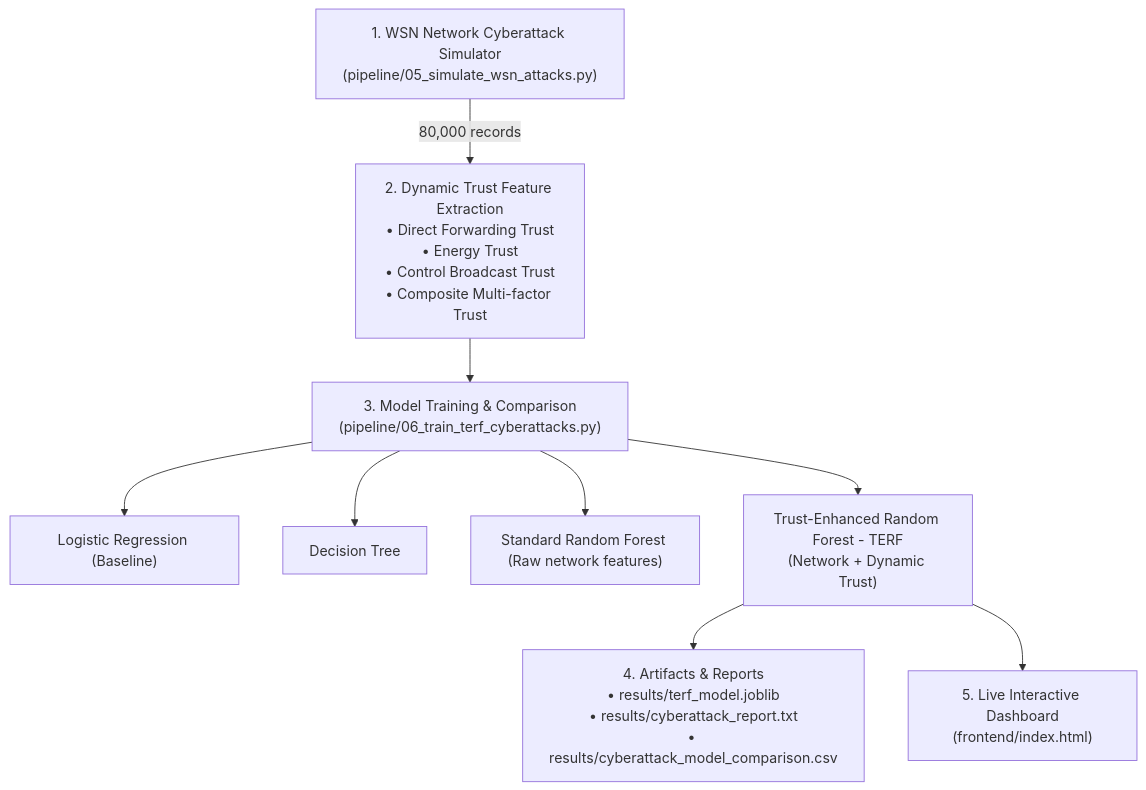
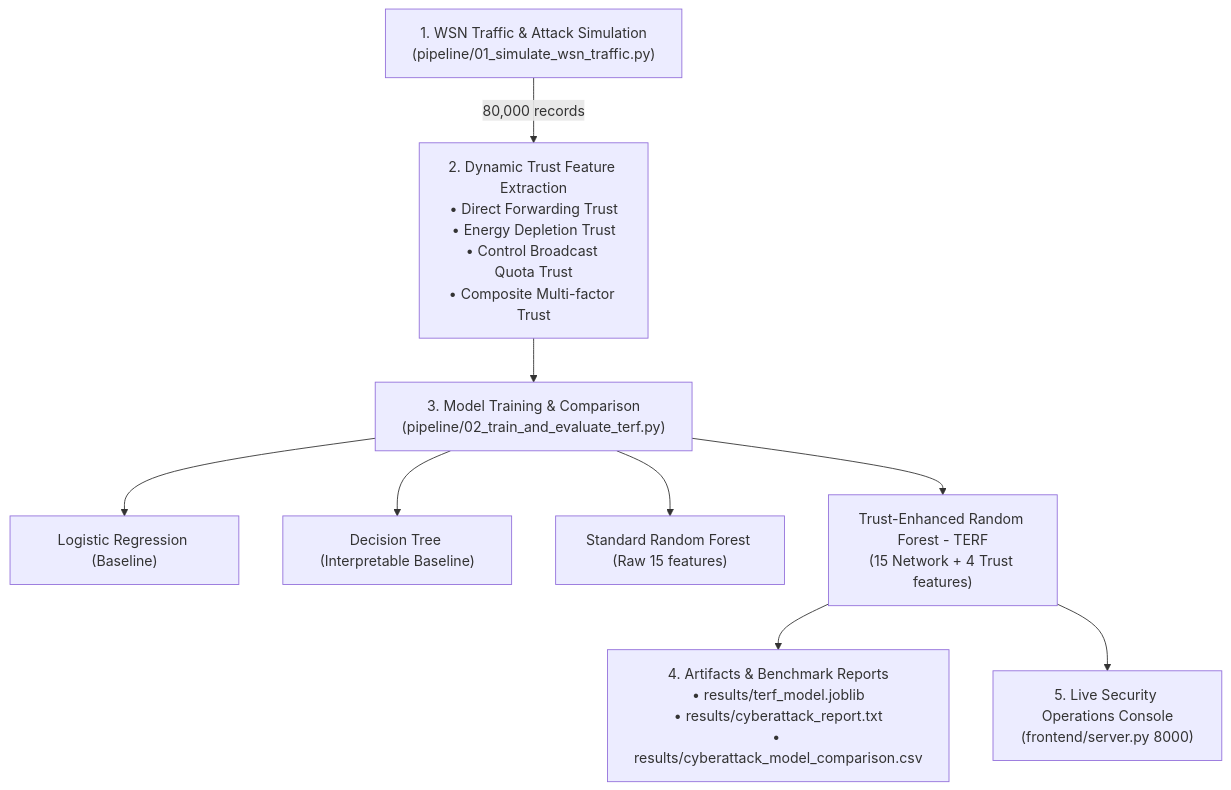
Before and after one commit to Aditya2274/Anomaly-Detection-and-Security-Enhancement-in-Wireless-Sensor-Networks-WSNs-: the diagram in README.md, drawn with Mermaid. The commit also changed other lines of this file and 14 other files, not shown here.

Commit message:
refactor: streamline codebase to 100% focus on WSN-DS and TERF intrusion detection

````diff
--- a/README.md
+++ b/README.md
@@ -11,11 +9,11 @@
 ```mermaid
 flowchart TD
-    A["1. WSN Network Cyberattack Simulator<br/>(pipeline/05_simulate_wsn_attacks.py)"] -->|80,000 records| B["2. Dynamic Trust Feature Extraction<br/>• Direct Forwarding Trust<br/>• Energy Trust<br/>• Control Broadcast Trust<br/>• Composite Multi-factor Trust"]
-    B --> C["3. Model Training & Comparison<br/>(pipeline/06_train_terf_cyberattacks.py)"]
+    A["1. WSN Traffic & Attack Simulation<br/>(pipeline/01_simulate_wsn_traffic.py)"] -->|80,000 records| B["2. Dynamic Trust Feature Extraction<br/>• Direct Forwarding Trust<br/>• Energy Depletion Trust<br/>• Control Broadcast Quota Trust<br/>• Composite Multi-factor Trust"]
+    B --> C["3. Model Training & Comparison<br/>(pipeline/02_train_and_evaluate_terf.py)"]
     C --> D1["Logistic Regression (Baseline)"]
-    C --> D2["Decision Tree"]
-    C --> D3["Standard Random Forest (Raw network features)"]
-    C --> D4["Trust-Enhanced Random Forest - TERF<br/>(Network + Dynamic Trust)"]
-    D4 --> E["4. Artifacts & Reports<br/>• results/terf_model.joblib<br/>• results/cyberattack_report.txt<br/>• results/cyberattack_model_comparison.csv"]
-    D4 --> F["5. Live Interactive Dashboard<br/>(frontend/index.html)"]
+    C --> D2["Decision Tree (Interpretable Baseline)"]
+    C --> D3["Standard Random Forest (Raw 15 features)"]
+    C --> D4["Trust-Enhanced Random Forest - TERF<br/>(15 Network + 4 Trust features)"]
+    D4 --> E["4. Artifacts & Benchmark Reports<br/>• results/terf_model.joblib<br/>• results/cyberattack_report.txt<br/>• results/cyberattack_model_comparison.csv"]
+    D4 --> F["5. Live Security Operations Console<br/>(frontend/server.py 8000)"]
 ```
````
